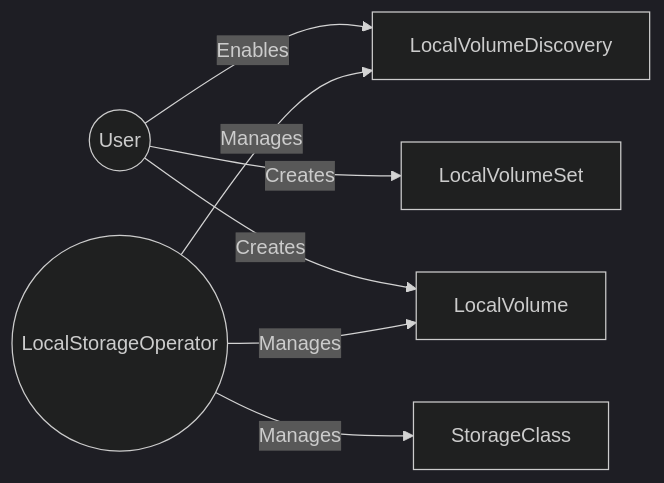
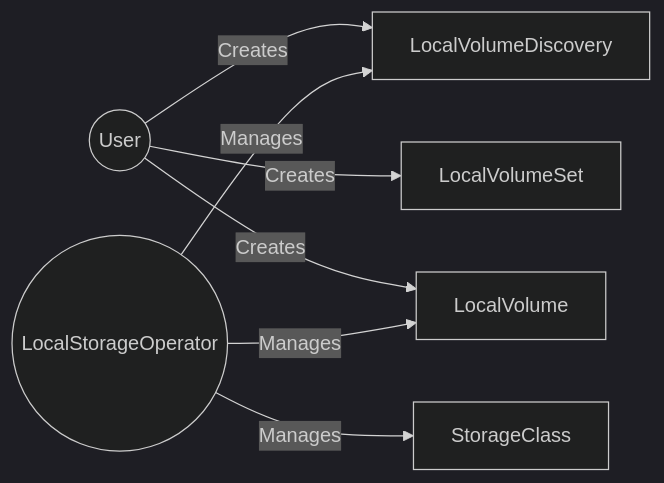
Before and after one commit to emmahone/Local-Storage-Operator-reference: the second of 2 diagrams in README.md, drawn with Mermaid (dark theme). The commit also changed other lines of this file, not shown here.

````diff
--- a/README.md
+++ b/README.md
@@ -160,9 +160,9 @@
 ```mermaid
 graph LR
-    User((User)) -->|Enables| LocalVolumeDiscovery
+    User((User)) -->|Creates| LocalVolumeDiscovery
     User -->|Creates| LocalVolumeSet
     User -->|Creates| LocalVolume
     LocalStorageOperator((LocalStorageOperator)) -->|Manages| LocalVolumeDiscovery
     LocalStorageOperator -->|Manages| LocalVolume
     LocalStorageOperator -->|Manages| StorageClass
 ```
````
